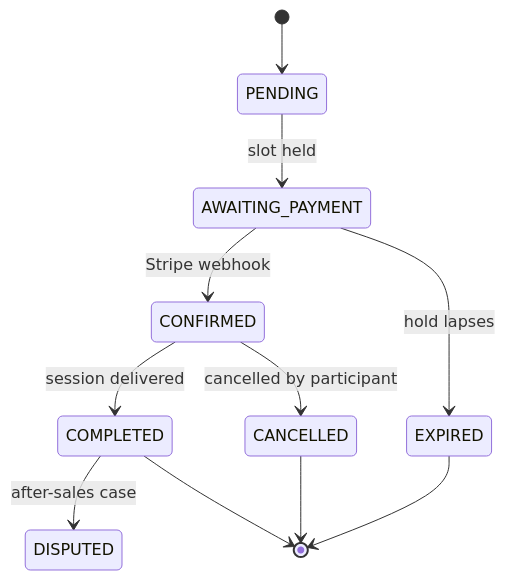
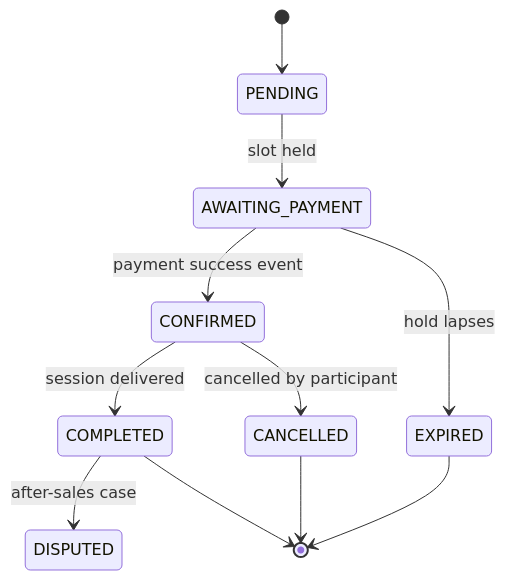
The second of 2 diagrams in docs/sprint1/executable-architecture.md (ZichuanW15/yoir_sample), drawn with Mermaid before and after one commit. The commit also changed other lines of this file and 2 other files, not shown here.

First line of the commit message:
docs(sprint1): align the executable architecture with the design concept

````diff
--- a/docs/sprint1/executable-architecture.md
+++ b/docs/sprint1/executable-architecture.md
@@ -229,13 +229,13 @@
 ```mermaid
 stateDiagram-v2
     [*] --> PENDING
     PENDING --> AWAITING_PAYMENT: slot held
-    AWAITING_PAYMENT --> CONFIRMED: Stripe webhook
+    AWAITING_PAYMENT --> CONFIRMED: payment success event
     AWAITING_PAYMENT --> EXPIRED: hold lapses
     CONFIRMED --> COMPLETED: session delivered
     CONFIRMED --> CANCELLED: cancelled by participant
     COMPLETED --> DISPUTED: after-sales case
     EXPIRED --> [*]
     CANCELLED --> [*]
     COMPLETED --> [*]
 ```
````
